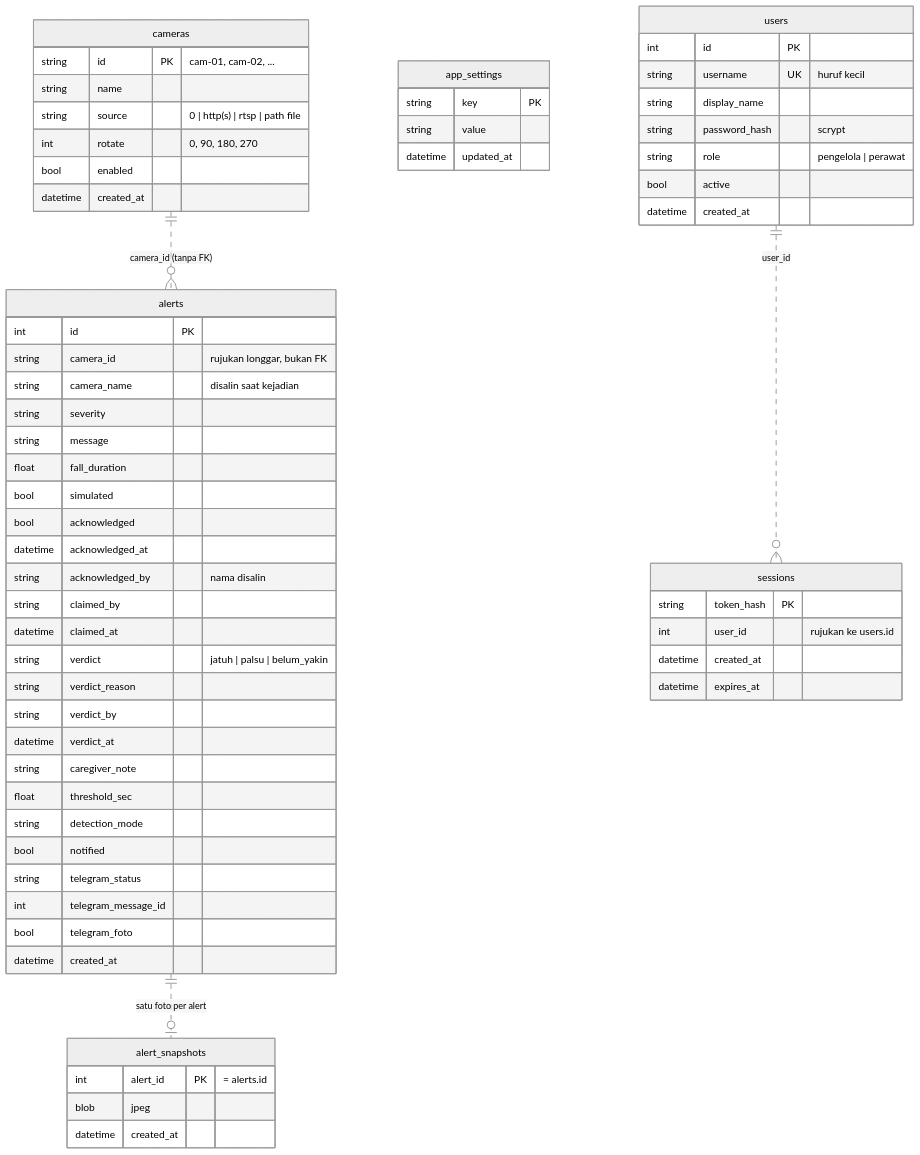
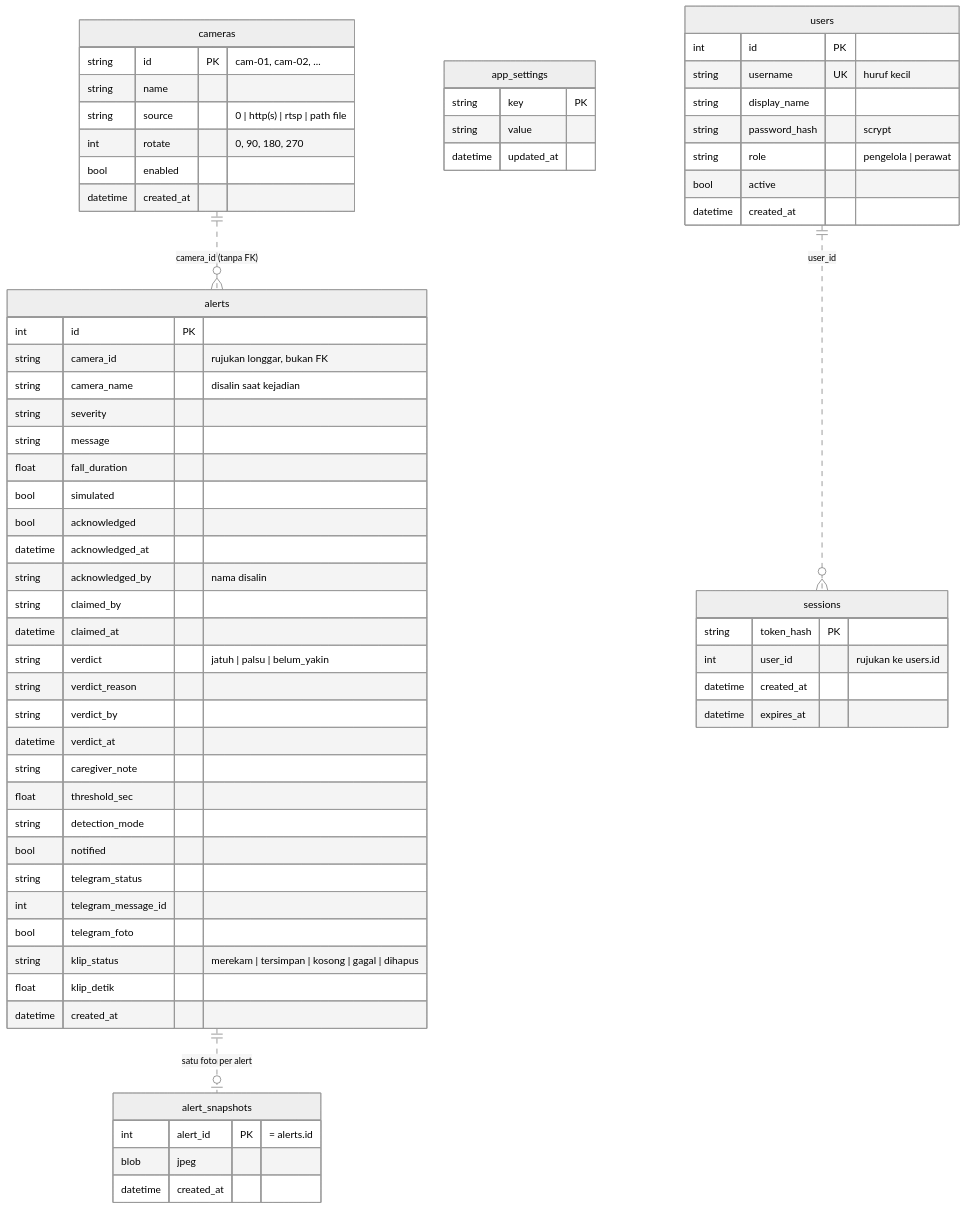
The diagram in SCHEMA.md (0Raja0-RA/nursing-home-fall-detection), drawn with Mermaid (neutral theme) before and after one commit. The commit also changed other lines of this file and 22 other files, not shown here.

````diff
--- a/SCHEMA.md
+++ b/SCHEMA.md
@@ -13,65 +13,67 @@
 ```mermaid
 erDiagram
     cameras {
         string id PK "cam-01, cam-02, ..."
         string name
         string source "0 | http(s) | rtsp | path file"
         int rotate "0, 90, 180, 270"
         bool enabled
         datetime created_at
     }
     app_settings {
         string key PK
         string value
         datetime updated_at
     }
     alerts {
         int id PK
         string camera_id "rujukan longgar, bukan FK"
         string camera_name "disalin saat kejadian"
         string severity
         string message
         float fall_duration
         bool simulated
         bool acknowledged
         datetime acknowledged_at
         string acknowledged_by "nama disalin"
         string claimed_by
         datetime claimed_at
         string verdict "jatuh | palsu | belum_yakin"
         string verdict_reason
         string verdict_by
         datetime verdict_at
         string caregiver_note
         float threshold_sec
         string detection_mode
         bool notified
         string telegram_status
         int telegram_message_id
         bool telegram_foto
+        string klip_status "merekam | tersimpan | kosong | gagal | dihapus"
+        float klip_detik
         datetime created_at
     }
     alert_snapshots {
         int alert_id PK "= alerts.id"
         blob jpeg
         datetime created_at
     }
     users {
         int id PK
         string username UK "huruf kecil"
         string display_name
         string password_hash "scrypt"
         string role "pengelola | perawat"
         bool active
         datetime created_at
     }
     sessions {
         string token_hash PK
         int user_id "rujukan ke users.id"
         datetime created_at
         datetime expires_at
     }
     cameras ||..o{ alerts : "camera_id (tanpa FK)"
     alerts ||..o| alert_snapshots : "satu foto per alert"
     users ||..o{ sessions : "user_id"
 ```
````
